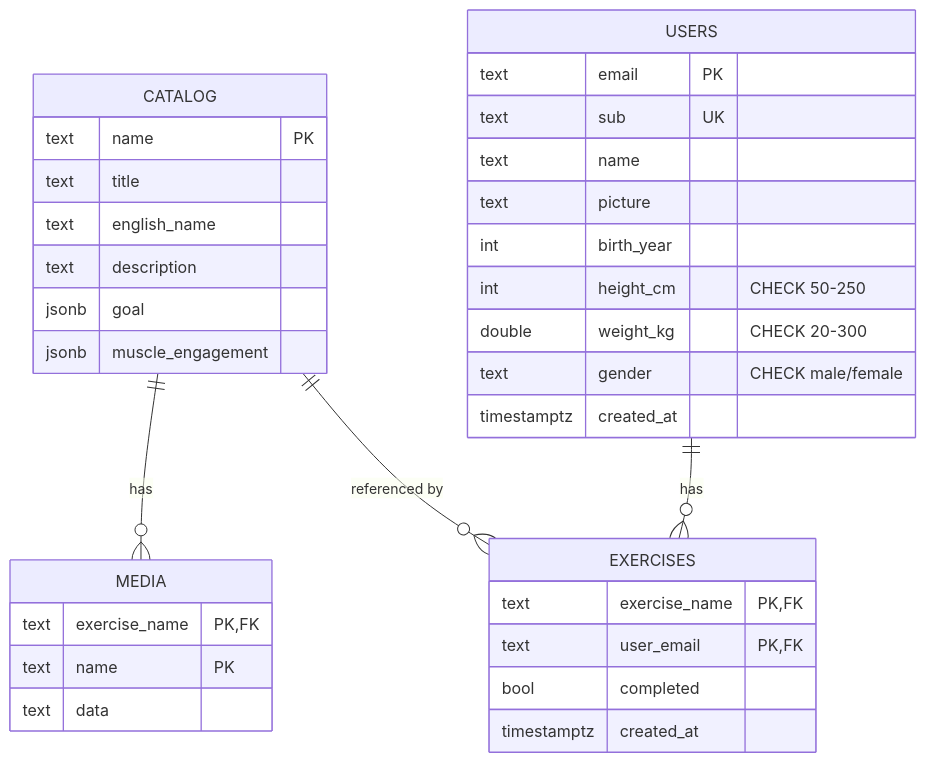
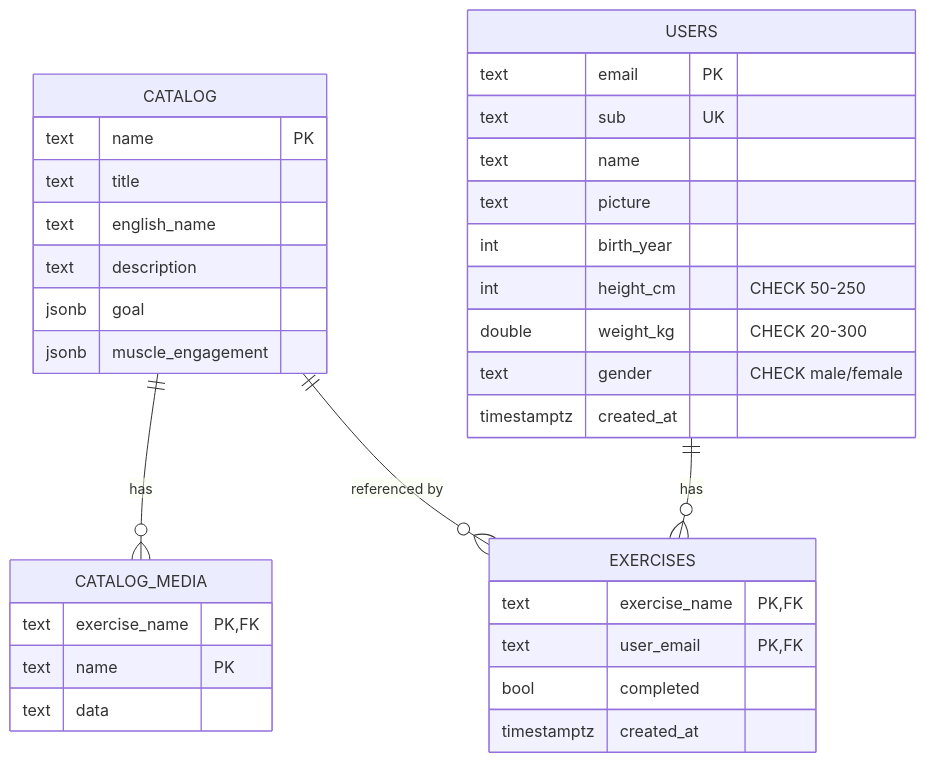
One commit to Kolomaznik/trener changed the diagram in SQL_DB/README.md. Above: the diagram before and after it, drawn with Mermaid. The commit also changed other lines of this file and 4 other files, not shown here.

Commit message:
rename table from edia to catalog_media

````diff
--- a/SQL_DB/README.md
+++ b/SQL_DB/README.md
@@ -17,36 +17,36 @@
 ```mermaid
 erDiagram
     CATALOG {
         text name PK
         text title
         text english_name
         text description
         jsonb goal
         jsonb muscle_engagement
     }
-    MEDIA {
+    CATALOG_MEDIA {
         text exercise_name PK,FK
         text name PK
         text data
     }
     USERS {
         text email PK
         text sub UK
         text name
         text picture
         int birth_year
         int height_cm "CHECK 50-250"
         double weight_kg "CHECK 20-300"
         text gender "CHECK male/female"
         timestamptz created_at
     }
     EXERCISES {
         text exercise_name PK,FK
         text user_email PK,FK
         bool completed
         timestamptz created_at
     }
-    CATALOG ||--o{ MEDIA : "has"
+    CATALOG ||--o{ CATALOG_MEDIA : "has"
     USERS ||--o{ EXERCISES : "has"
     CATALOG ||--o{ EXERCISES : "referenced by"
 ```
````
